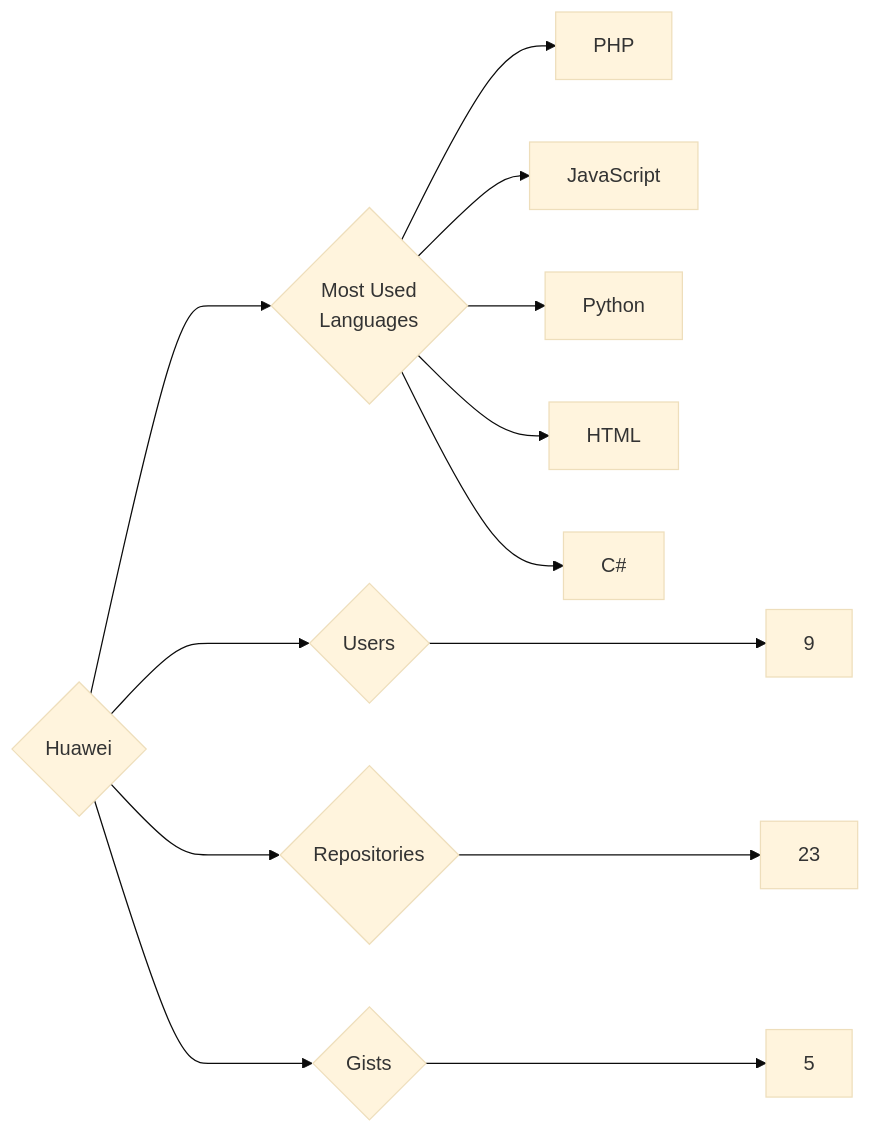
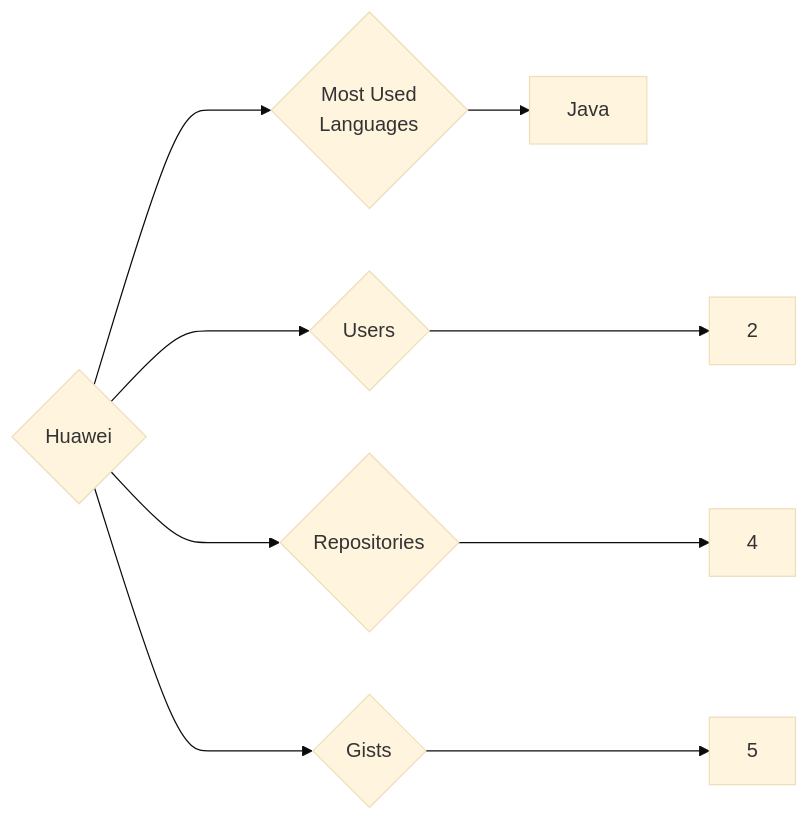
The diagram in targets/Huawei/README.md (trickest/insiders), drawn with Mermaid (base theme) before and after one commit. The commit also changed 880 other files, not shown here.

````diff
--- a/targets/Huawei/README.md
+++ b/targets/Huawei/README.md
@@ -3,13 +3,9 @@
 ```mermaid
 graph LR
 COMPANY_NAME{Huawei}
-COMPANY_NAME ---> U{Users} ---> UN[9]
-COMPANY_NAME ---> R{Repositories} ---> RN[23]
+COMPANY_NAME ---> U{Users} ---> UN[2]
+COMPANY_NAME ---> R{Repositories} ---> RN[4]
 COMPANY_NAME ---> G{Gists} ---> GN[5]
 COMPANY_NAME ---> ML{Most Used<br>Languages}
-ML --> PHP[PHP]
-ML --> JavaScript[JavaScript]
-ML --> Python[Python]
-ML --> HTML[HTML]
-ML --> C#[C#]
+ML --> Java[Java]
 ```
````
